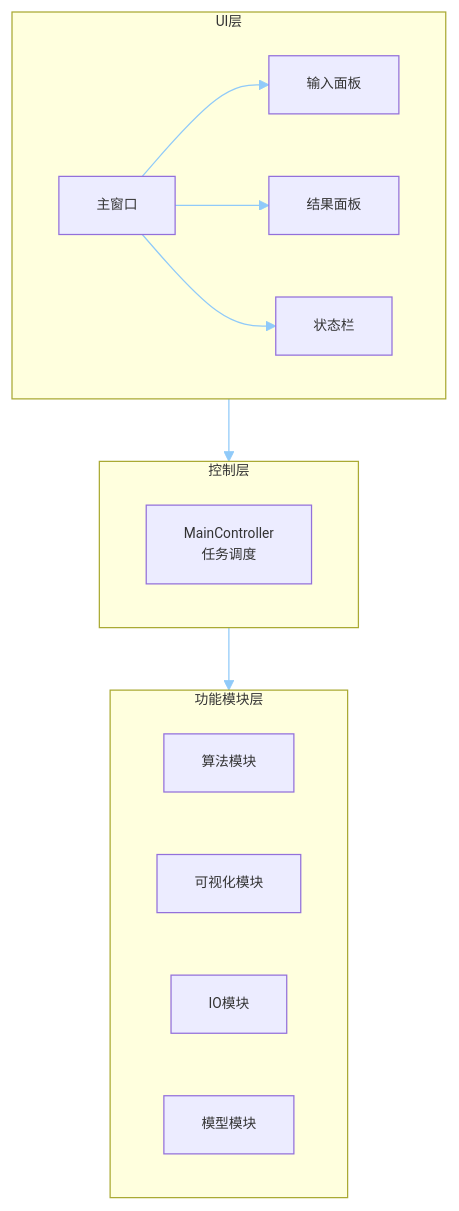
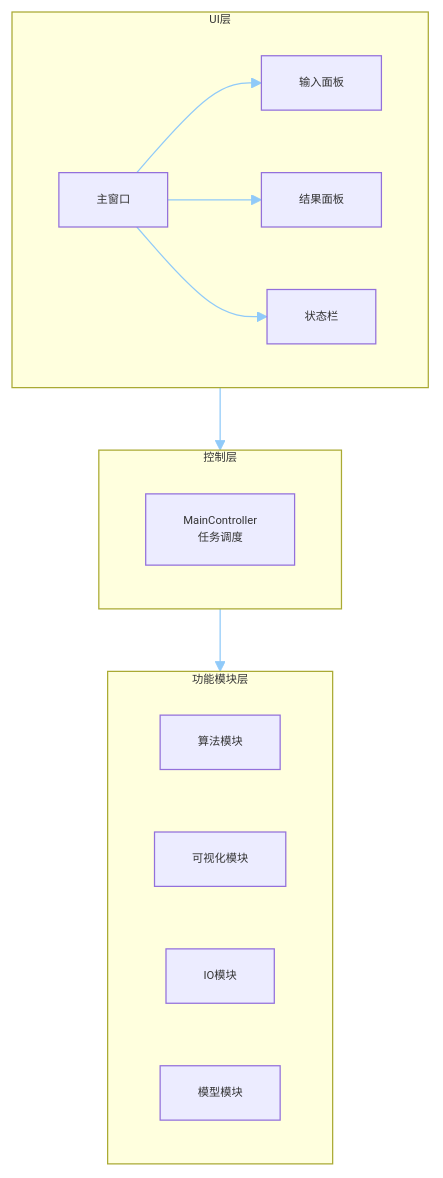
Before and after one commit to yyj138/topological-sort: the first of 2 diagrams in README.md, drawn with Mermaid. The commit also changed other lines of this file, not shown here.

Commit message:
【main】同步README

````diff
--- a/README.md
+++ b/README.md
@@ -44,20 +44,20 @@
 ```mermaid
-%%{init: {'themeVariables': {'fontSize': '11px', 'fontFamily': 'Microsoft YaHei', 'primaryColor': '#e3f2fd', 'lineColor': '#90caf9', 'borderColor': '#64b5f6'}}}%%
+%%{init: {'themeVariables': {'fontSize': '9px', 'fontFamily': 'Microsoft YaHei', 'primaryColor': '#e3f2fd', 'lineColor': '#90caf9', 'borderColor': '#64b5f6'}}}%%
 flowchart TB
     subgraph UI层
         A1[主窗口] --> A2[输入面板]
         A1 --> A3[结果面板]
         A1 --> A4[状态栏]
     end
     subgraph 控制层
         B1[MainController<br/>任务调度]
     end
     subgraph 功能模块层
         C1[算法模块]
         C2[可视化模块]
         C3[IO模块]
         C4[模型模块]
     end
     UI层 --> 控制层
     控制层 --> 功能模块层
 ```
````
